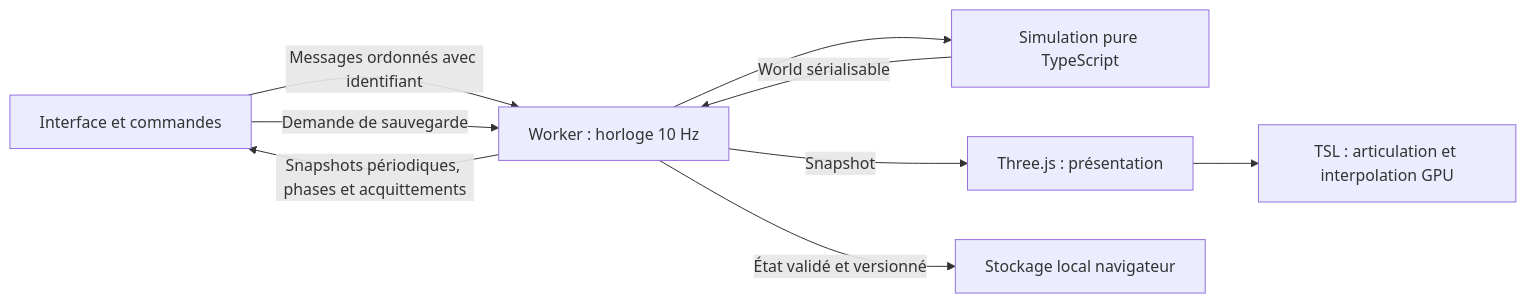
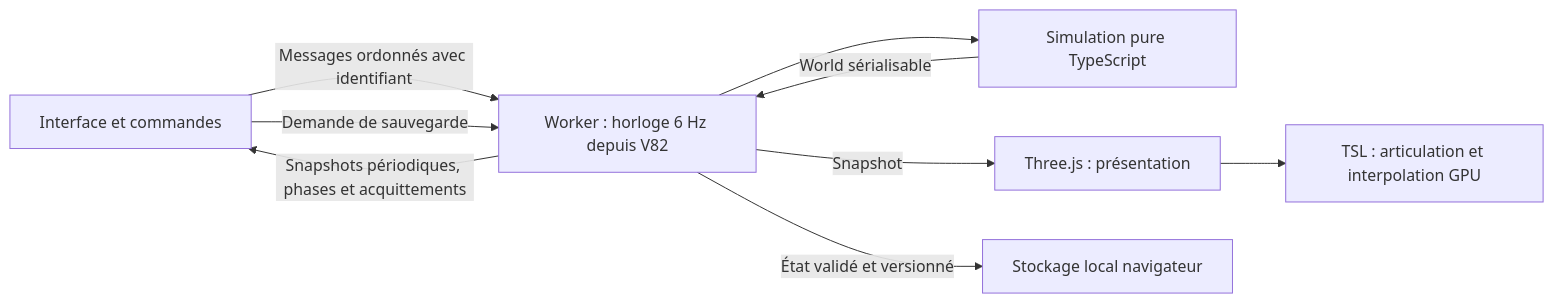
Before and after one commit to Duponch/RimWorld: the diagram in docs/development/architecture.md, drawn with Mermaid. The commit also changed other lines of this file and 98 other files, not shown here.

````diff
--- a/docs/development/architecture.md
+++ b/docs/development/architecture.md
@@ -110,11 +112,11 @@
 ```mermaid
 flowchart LR
-  UI[Interface et commandes] -->|Messages ordonnés avec identifiant| Worker[Worker : horloge 10 Hz]
+  UI[Interface et commandes] -->|Messages ordonnés avec identifiant| Worker[Worker : horloge 6 Hz depuis V82]
   Worker --> Sim[Simulation pure TypeScript]
   Sim -->|World sérialisable| Worker
   Worker -->|Snapshots périodiques, phases et acquittements| UI
   Worker -->|Snapshot| Render[Three.js : présentation]
   Render --> GPU[TSL : articulation et interpolation GPU]
   UI -->|Demande de sauvegarde| Worker
   Worker -->|État validé et versionné| Save[Stockage local navigateur]
 ```
````
